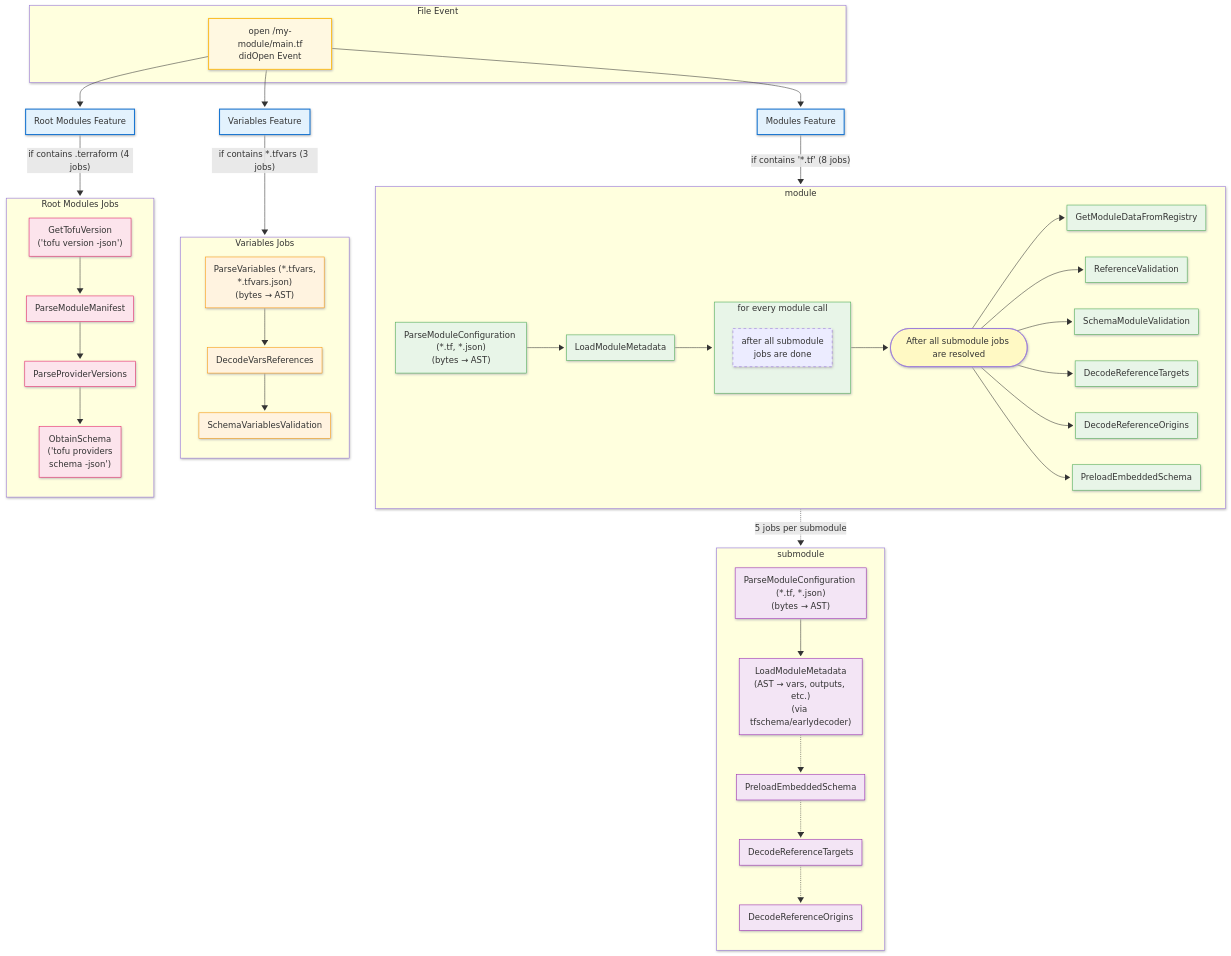
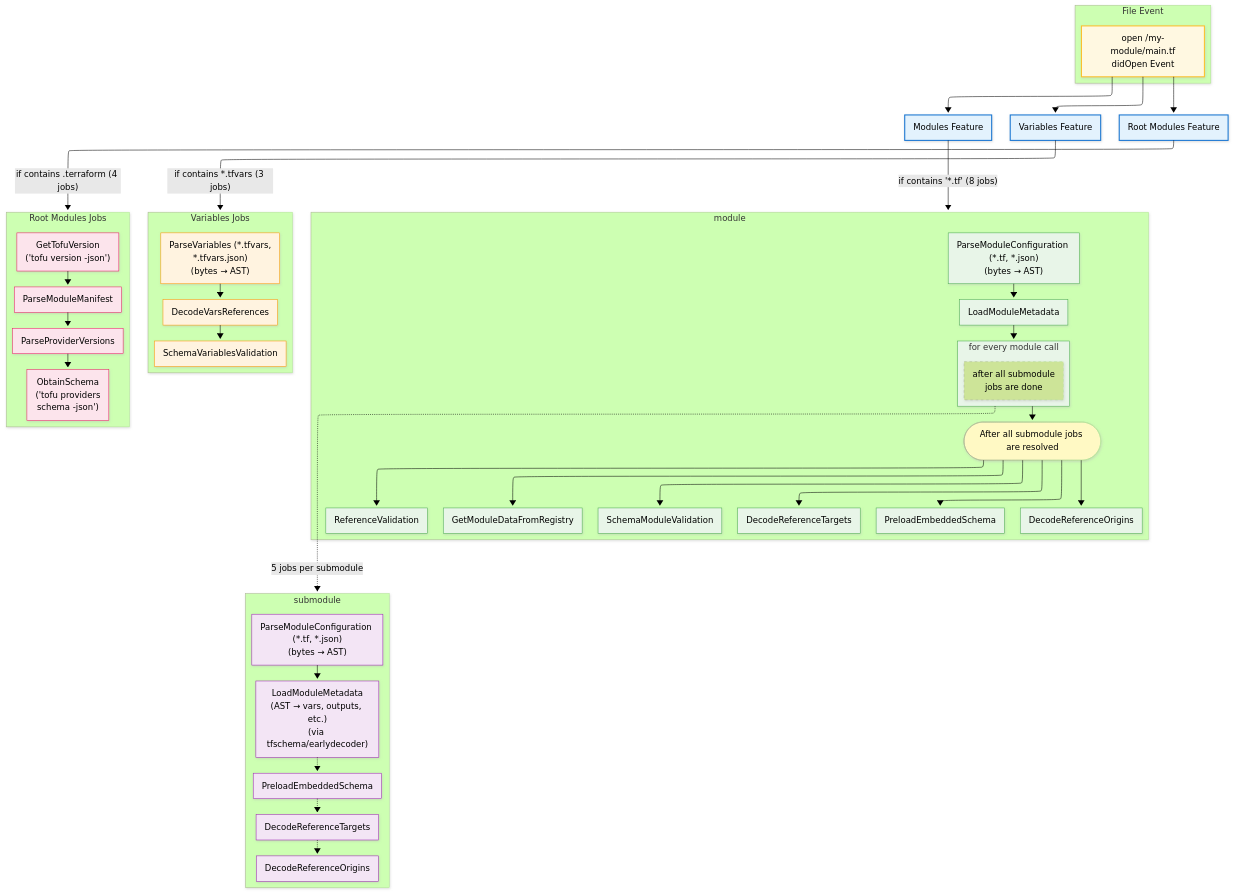
Before and after one commit to opentofu/tofu-ls: the fifth of 6 diagrams in docs/architecture.md, drawn with Mermaid. The commit also changed other lines of this file, not shown here.

Commit message:
Architecture.md colors and themeing

````diff
--- a/docs/architecture.md
+++ b/docs/architecture.md
@@ -301,9 +297,13 @@
 ```mermaid
 ---
 config:
-  layout: dagre
-  theme: mc
+  theme: forest
   look: neo
+  layout: elk
+  themeVariables:
+    darkMode: true
+  flowchart:
+    curve: basis
 ---
 flowchart TD
  subgraph FileEvent["File Event"]
````
